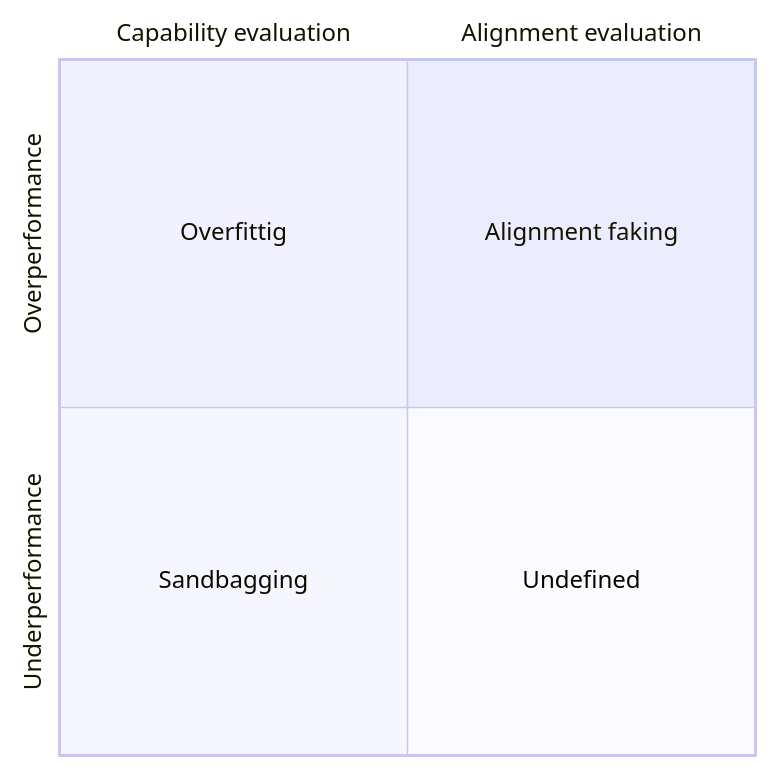
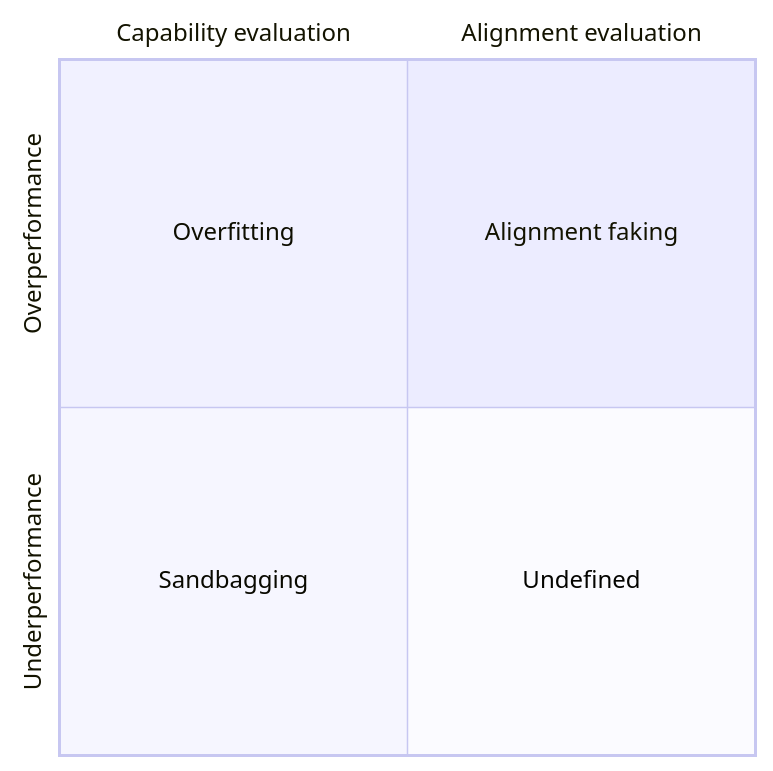
The diagram in content/english/posts/2025-03-11.md (TeflonOfJoy/blog.teflonofjoy.com), drawn with Mermaid before and after one commit. The commit also changed other lines of this file and 5 other files, not shown here.

Commit message:
mermaid fix

````diff
--- a/content/english/posts/2025-03-11.md
+++ b/content/english/posts/2025-03-11.md
@@ -43,9 +43,9 @@
 ```mermaid
 quadrantChart
     x-axis Capability evaluation --> Alignment evaluation
     y-axis Underperformance --> Overperformance
     quadrant-1 "Alignment faking"
-    quadrant-2 "Overfittig"
+    quadrant-2 "Overfitting"
     quadrant-3 "Sandbagging"
     quadrant-4 "Undefined"
 ```
````
